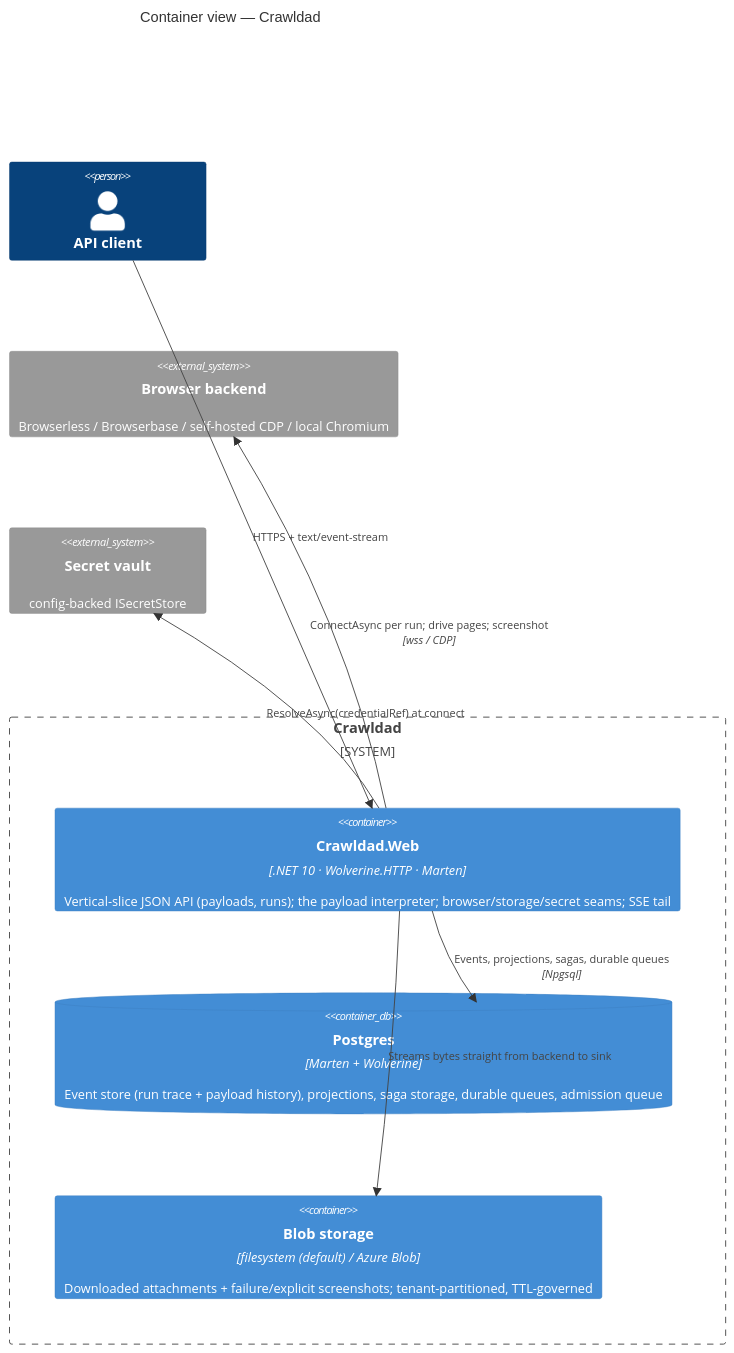
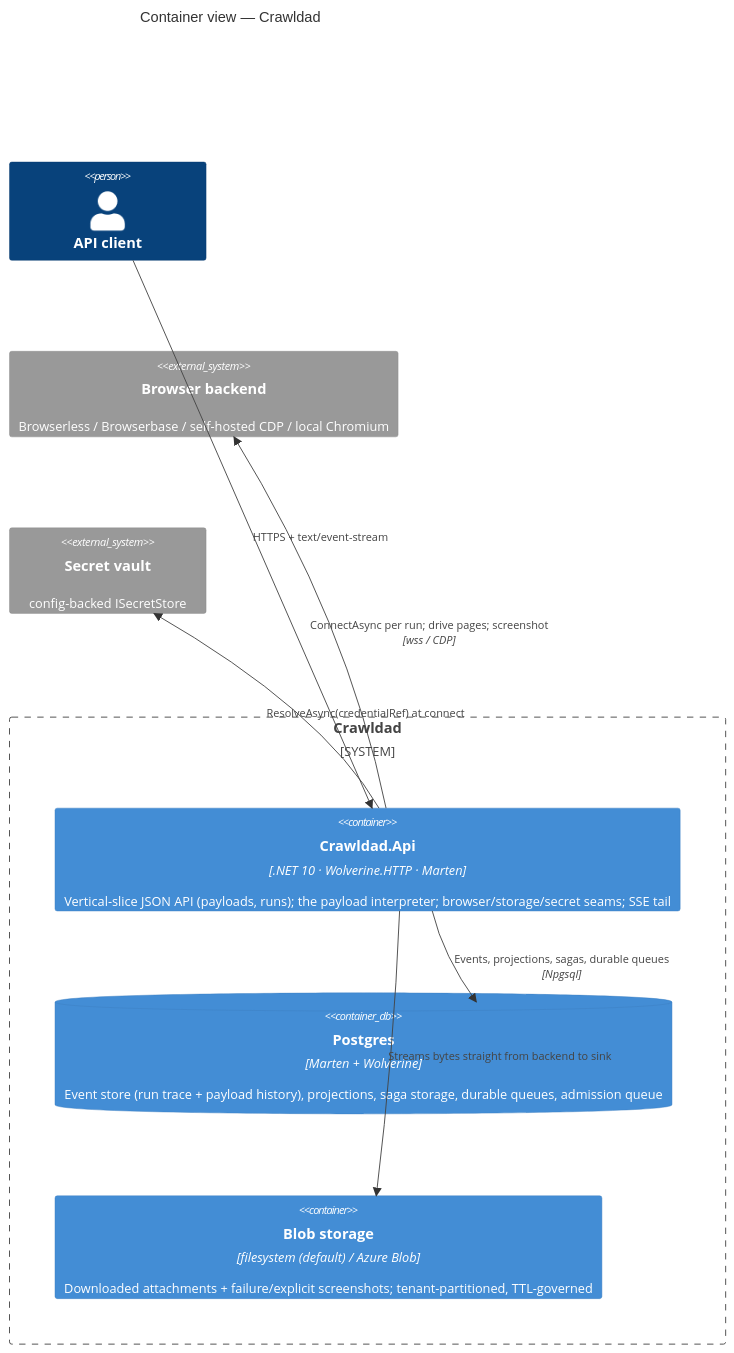
One commit to jasoneisen/crawldad changed the second of 3 diagrams in docs/ARCHITECTURE.md. Above: the diagram before and after it, drawn with Mermaid. The commit also changed other lines of this file and 666 other files, not shown here.

First line of the commit message:
#119: rename Crawldad.Web → Crawldad.Api (mechanical) (#121)

````diff
--- a/docs/ARCHITECTURE.md
+++ b/docs/ARCHITECTURE.md
@@ -29,17 +29,17 @@
 ```mermaid
 C4Container
     title Container view — Crawldad
     Person(client, "API client")
     System_Boundary(cd, "Crawldad") {
-        Container(web, "Crawldad.Web", ".NET 10 · Wolverine.HTTP · Marten", "Vertical-slice JSON API (payloads, runs); the payload interpreter; browser/storage/secret seams; SSE tail")
+        Container(web, "Crawldad.Api", ".NET 10 · Wolverine.HTTP · Marten", "Vertical-slice JSON API (payloads, runs); the payload interpreter; browser/storage/secret seams; SSE tail")
         ContainerDb(pg, "Postgres", "Marten + Wolverine", "Event store (run trace + payload history), projections, saga storage, durable queues, admission queue")
         Container(blob, "Blob storage", "filesystem (default) / Azure Blob", "Downloaded attachments + failure/explicit screenshots; tenant-partitioned, TTL-governed")
     }
     System_Ext(backend, "Browser backend", "Browserless / Browserbase / self-hosted CDP / local Chromium")
     System_Ext(vault, "Secret vault", "config-backed ISecretStore")
     Rel(client, web, "HTTPS + text/event-stream")
     Rel(web, pg, "Events, projections, sagas, durable queues", "Npgsql")
     Rel(web, blob, "Streams bytes straight from backend to sink")
     Rel(web, backend, "ConnectAsync per run; drive pages; screenshot", "wss / CDP")
     Rel(web, vault, "ResolveAsync(credentialRef) at connect")
 ```
````
